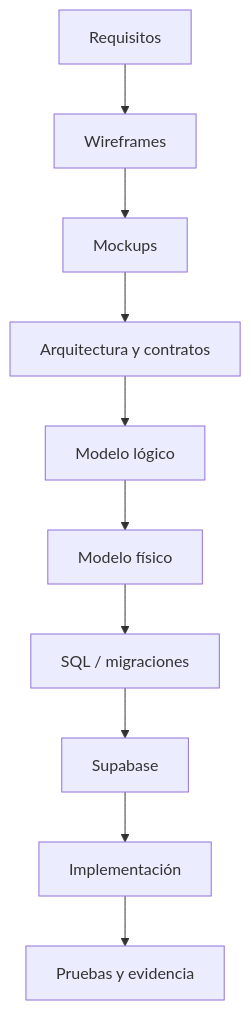
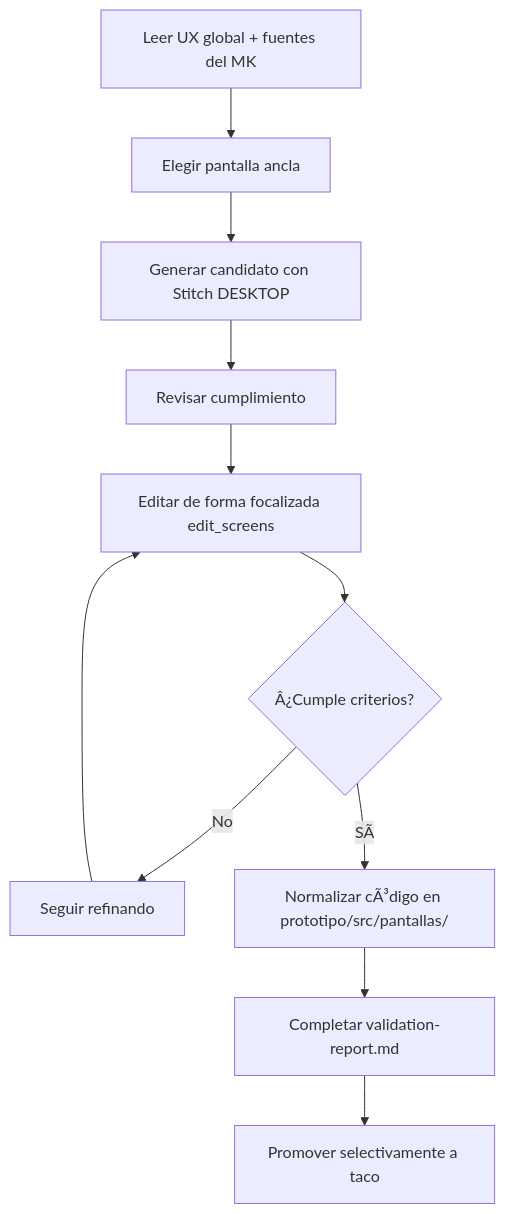
One commit to Taller-SW-Web/G6-Productos-Ofertas-docs changed the diagram in README.md. Above: the diagram before and after it, drawn with Mermaid. The commit also changed other lines of this file, not shown here.

Commit message:
docs(lab): configurar README operativo para rama lab/taco

````diff
--- a/README.md
+++ b/README.md
@@ -370,12 +70,17 @@
 ```mermaid
 flowchart TD
-    A["Requisitos"] --> B["Wireframes"]
-    B --> C["Mockups"]
-    C --> D["Arquitectura y contratos"]
-    D --> E["Modelo lógico"]
-    E --> F["Modelo físico"]
-    F --> G["SQL / migraciones"]
-    G --> H["Supabase"]
-    H --> I["Implementación"]
-    I --> J["Pruebas y evidencia"]
+    A["Leer UX global + fuentes del MK"]
+    B["Elegir pantalla ancla"]
+    C["Generar candidato con Stitch DESKTOP"]
+    D["Revisar cumplimiento"]
+    E["Editar de forma focalizada edit_screens"]
+    F{"Â¿Cumple criterios?"}
+    G["Seguir refinando"]
+    H["Normalizar cÃ³digo en prototipo/src/pantallas/"]
+    I["Completar validation-report.md"]
+    J["Promover selectivamente a taco"]
+
+    A --> B --> C --> D --> E --> F
+    F -- "No" --> G --> E
+    F -- "SÃ­" --> H --> I --> J
 ```
````
